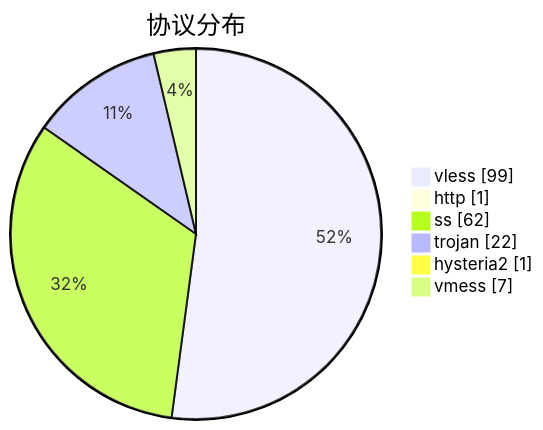
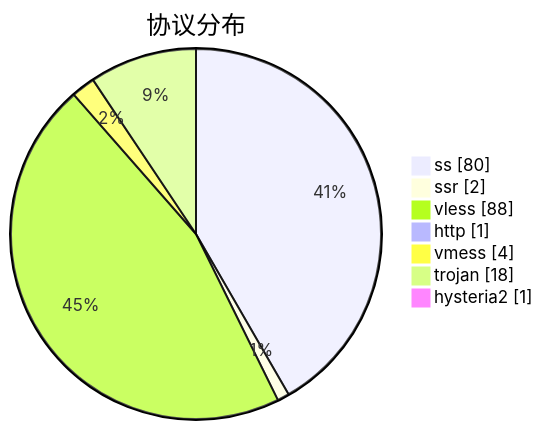
One commit to qjlxg/airport changed the third of 3 diagrams in subs/statistics/tested_within.md. Above: the diagram before and after it, drawn with Mermaid. The commit also changed other lines of this file and 2 other files, not shown here.

````diff
--- a/subs/statistics/tested_within.md
+++ b/subs/statistics/tested_within.md
@@ -27,10 +27,11 @@
 ```mermaid
 pie showData
 title 协议分布
-"vless" : 99
+"ss" : 80
+"ssr" : 2
+"vless" : 88
 "http" : 1
-"ss" : 62
-"trojan" : 22
+"vmess" : 4
+"trojan" : 18
 "hysteria2" : 1
-"vmess" : 7
 ```
````
